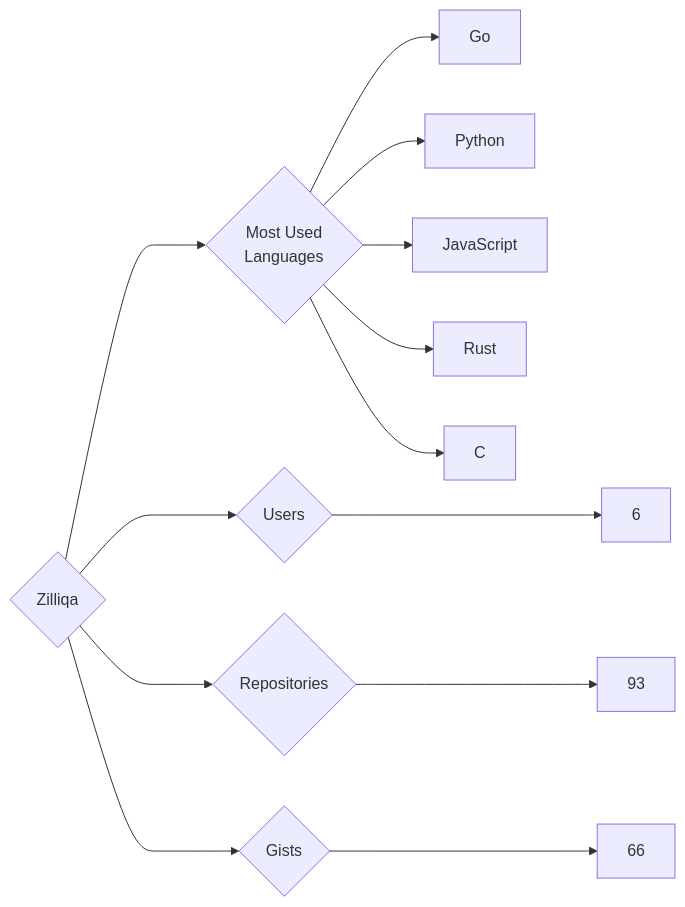
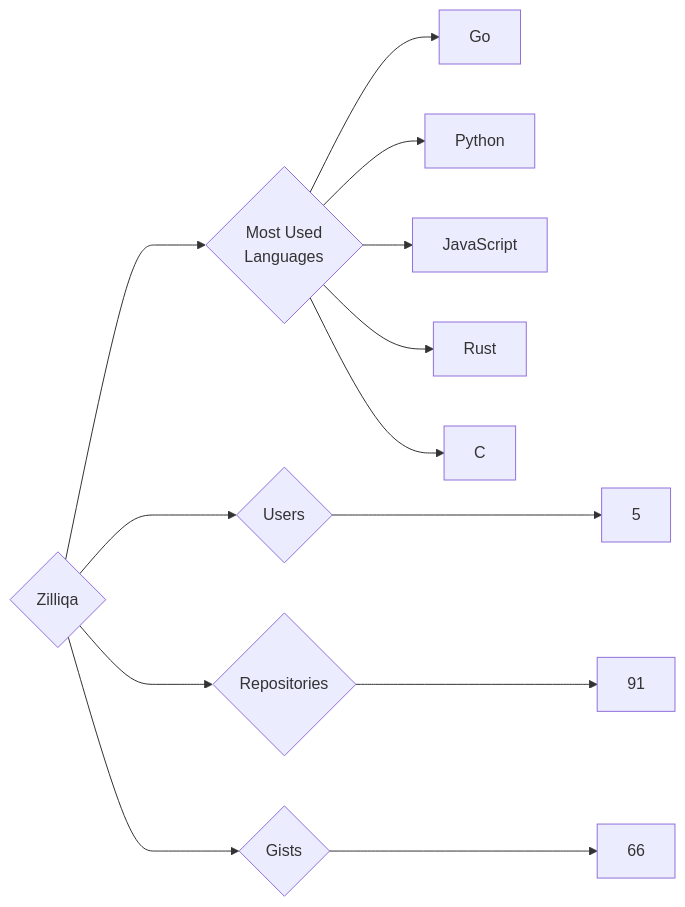
Before and after one commit to trickest/insiders: the diagram in targets/Zilliqa/README.md, drawn with Mermaid. The commit also changed 928 other files, not shown here.

````diff
--- a/targets/Zilliqa/README.md
+++ b/targets/Zilliqa/README.md
@@ -3,13 +3,13 @@
 ```mermaid
 graph LR
 COMPANY_NAME{Zilliqa}
-COMPANY_NAME ---> U{Users} ---> UN[6]
-COMPANY_NAME ---> R{Repositories} ---> RN[93]
+COMPANY_NAME ---> U{Users} ---> UN[5]
+COMPANY_NAME ---> R{Repositories} ---> RN[91]
 COMPANY_NAME ---> G{Gists} ---> GN[66]
 COMPANY_NAME ---> ML{Most Used<br>Languages}
 ML --> Go[Go]
 ML --> Python[Python]
 ML --> JavaScript[JavaScript]
 ML --> Rust[Rust]
 ML --> C[C]
 ```
````
